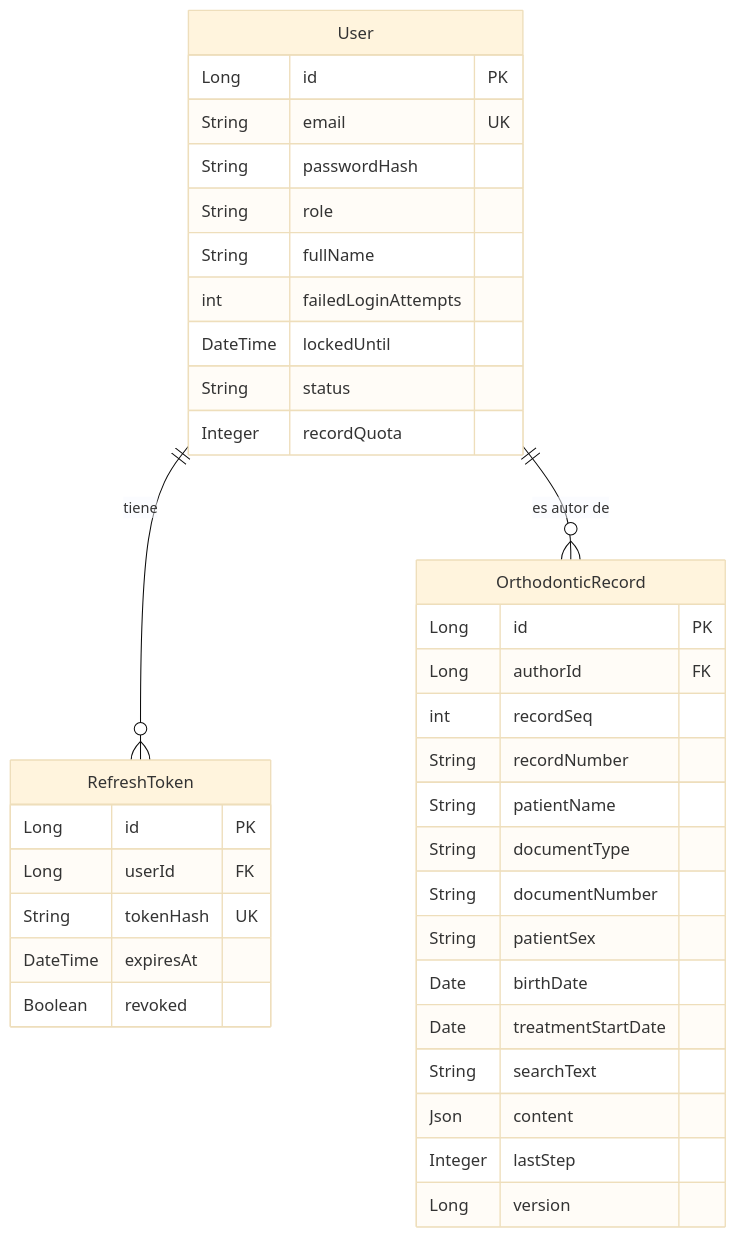
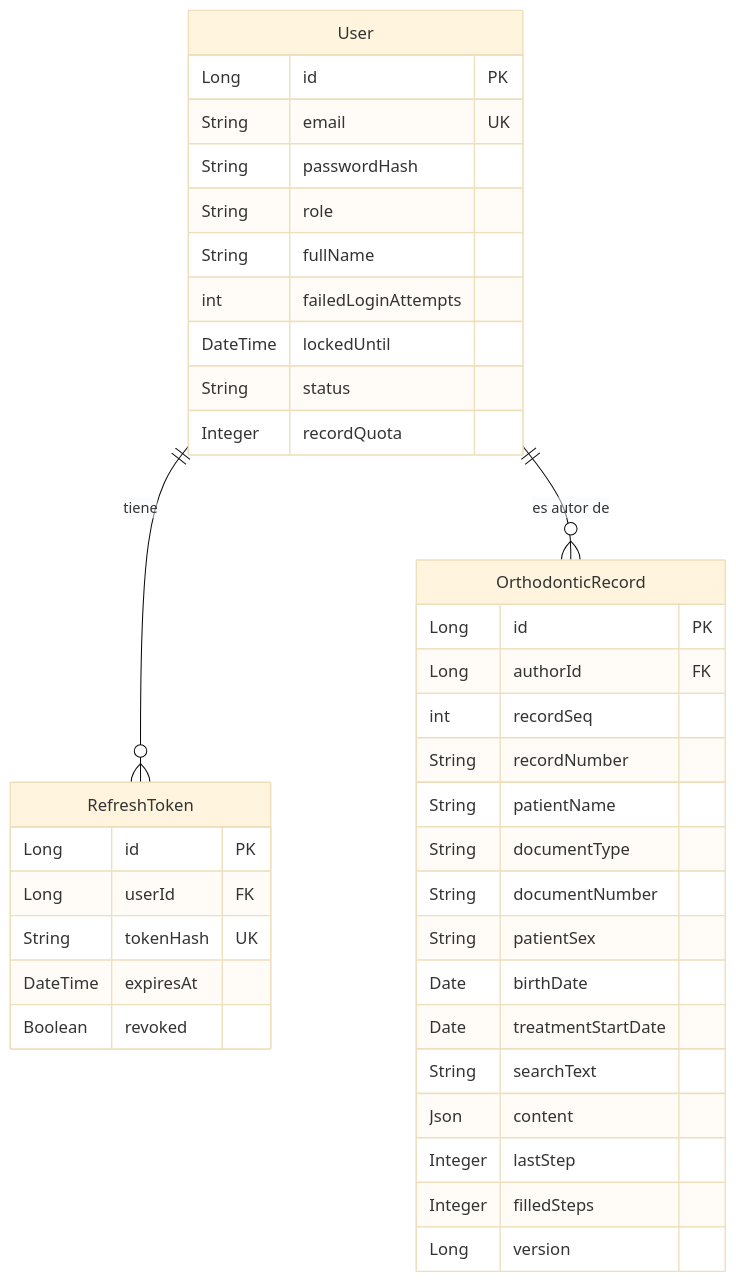
Before and after one commit to Davico84/HSOFACOP: the diagram in docs/domain.md, drawn with Mermaid (base theme). The commit also changed other lines of this file and 11 other files, not shown here.

````diff
--- a/docs/domain.md
+++ b/docs/domain.md
@@ -101,40 +103,41 @@
 ```mermaid
 erDiagram
     User ||--o{ RefreshToken : "tiene"
     User ||--o{ OrthodonticRecord : "es autor de"
 
     User {
         Long id PK
         String email UK
         String passwordHash
         String role
         String fullName
         int failedLoginAttempts
         DateTime lockedUntil
         String status
         Integer recordQuota
     }
     RefreshToken {
         Long id PK
         Long userId FK
         String tokenHash UK
         DateTime expiresAt
         Boolean revoked
     }
     OrthodonticRecord {
         Long id PK
         Long authorId FK
         int recordSeq
         String recordNumber
         String patientName
         String documentType
         String documentNumber
         String patientSex
         Date birthDate
         Date treatmentStartDate
         String searchText
         Json content
         Integer lastStep
+        Integer filledSteps
         Long version
     }
 ```
````
